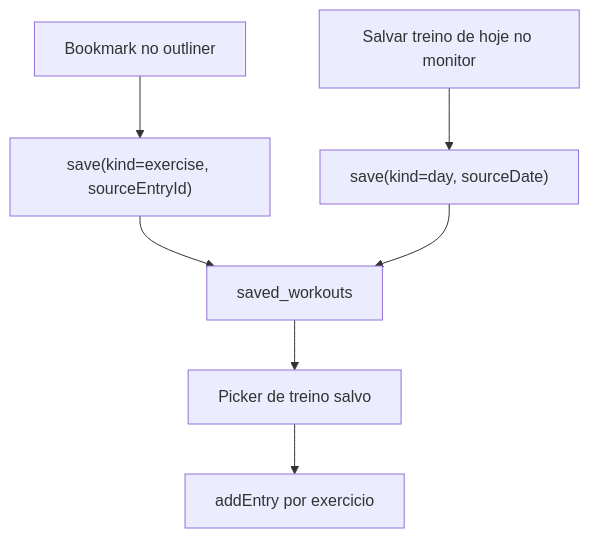
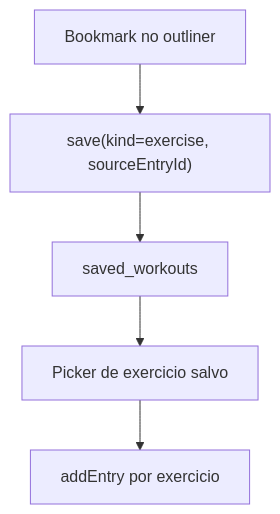
One commit to ompo-dev/Gym changed diagram 12 of 12 in docs/data-flows.md. Above: the diagram before and after it, drawn with Mermaid. The commit also changed other lines of this file and 49 other files, not shown here.

````diff
--- a/docs/data-flows.md
+++ b/docs/data-flows.md
@@ -333,9 +343,7 @@
 ```mermaid
 flowchart TD
   A["Bookmark no outliner"] --> B["save(kind=exercise, sourceEntryId)"]
-  C["Salvar treino de hoje no monitor"] --> D["save(kind=day, sourceDate)"]
   B --> E["saved_workouts"]
-  D --> E
-  E --> F["Picker de treino salvo"]
+  E --> F["Picker de exercicio salvo"]
   F --> G["addEntry por exercicio"]
 ```
````
